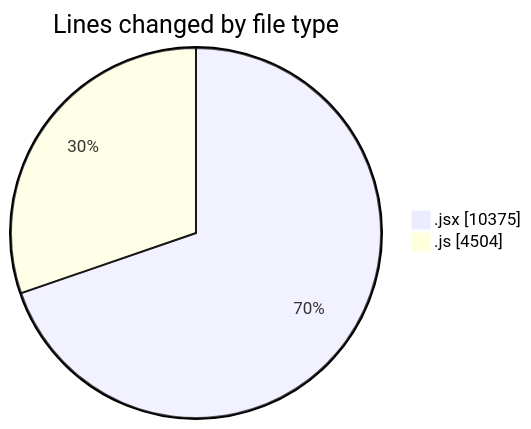
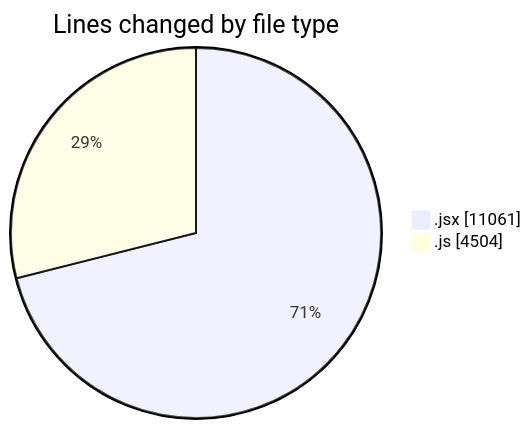
Before and after one commit to nxtqubesakshisongat/code-tracking: the first of 2 diagrams in 2025-09-23/nxtqube_webapp/README.md, drawn with Mermaid. The commit also changed other lines of this file and 1 other file, not shown here.

````diff
--- a/2025-09-23/nxtqube_webapp/README.md
+++ b/2025-09-23/nxtqube_webapp/README.md
@@ -24,6 +24,6 @@
 ```mermaid
 pie showData
 title Lines changed by file type
-".jsx" : 10375
+".jsx" : 11061
 ".js" : 4504
 ```
````
